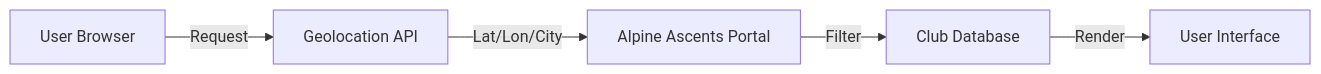
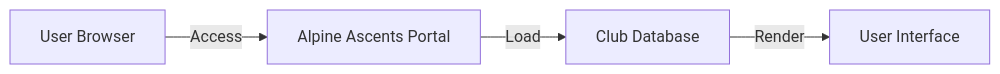
The second of 2 diagrams in README.md (anointedthedeveloper/Alpine-Ascents), drawn with Mermaid before and after one commit. The commit also changed other lines of this file and 4 other files, not shown here.

````diff
--- a/README.md
+++ b/README.md
@@ -37,7 +36,6 @@
 ```mermaid
 graph LR
-    User[User Browser] -- Request --> GeoAPI[Geolocation API]
-    GeoAPI -- Lat/Lon/City --> Portal[Alpine Ascents Portal]
-    Portal -- Filter --> Clubs[Club Database]
+    User[User Browser] -- Access --> Portal[Alpine Ascents Portal]
+    Portal -- Load --> Clubs[Club Database]
     Clubs -- Render --> UI[User Interface]
 ```
````
